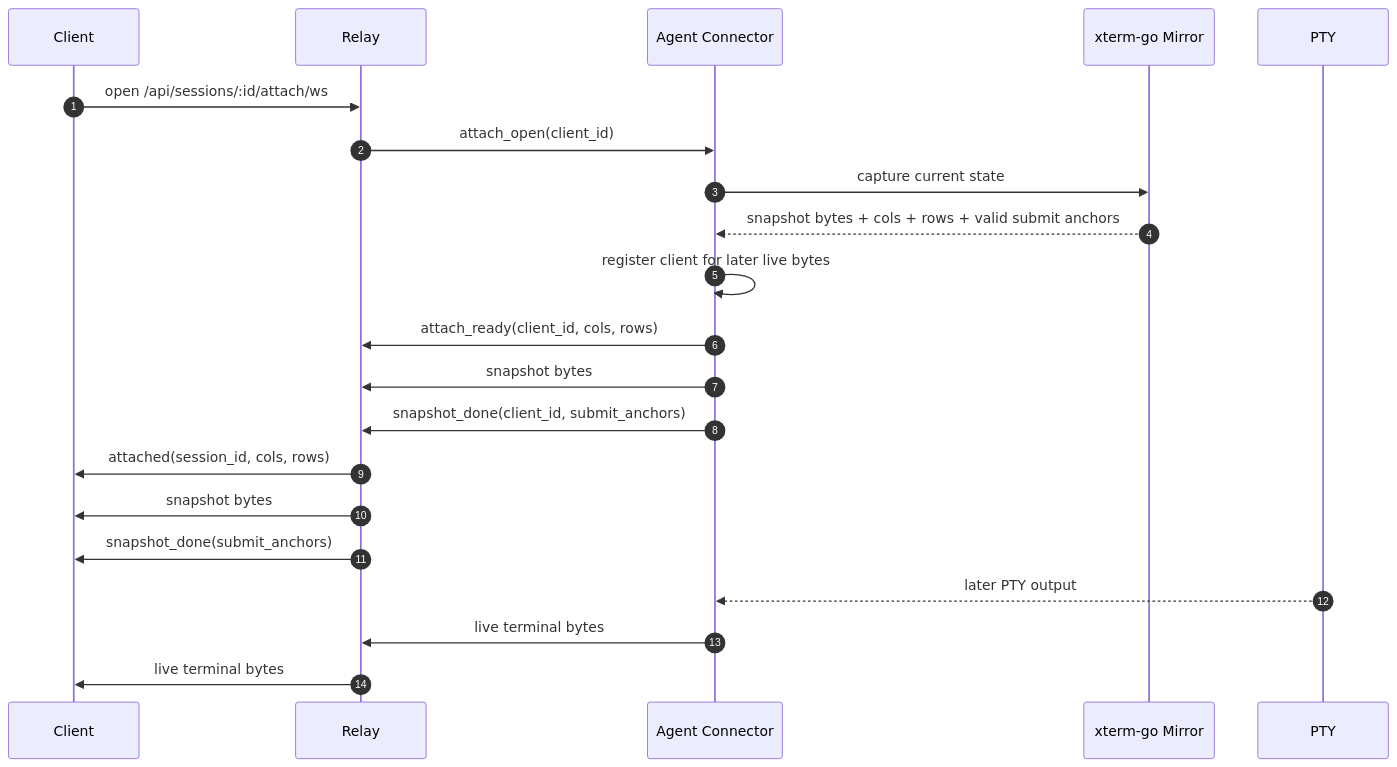
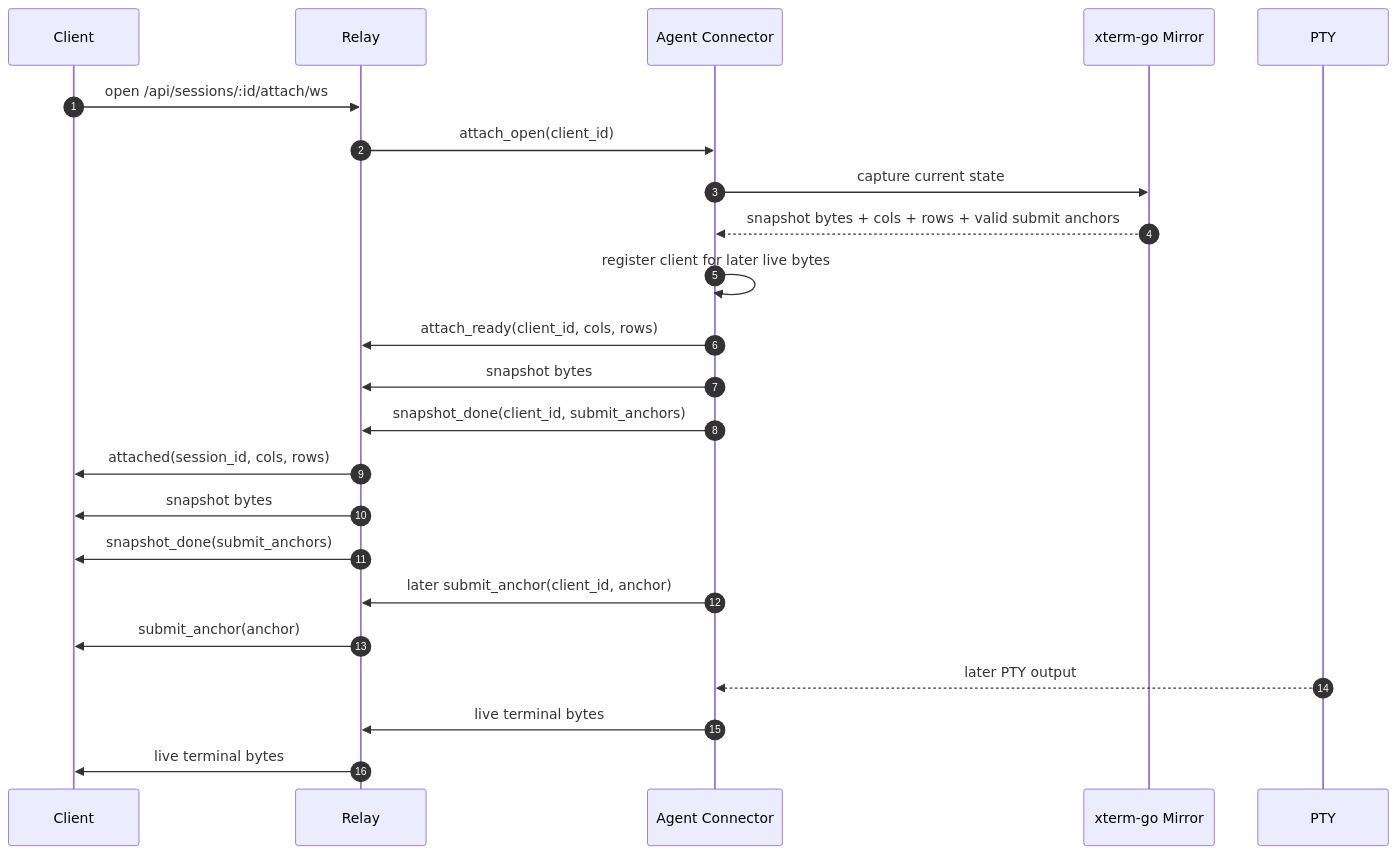
One commit to yuanbohan/agent-tunnel changed the third of 7 diagrams in docs/tui-attach-flow.md. Above: the diagram before and after it, drawn with Mermaid. The commit also changed other lines of this file and 17 other files, not shown here.

````diff
--- a/docs/tui-attach-flow.md
+++ b/docs/tui-attach-flow.md
@@ -131,24 +131,26 @@
 ```mermaid
 sequenceDiagram
   autonumber
   participant C as Client
   participant R as Relay
   participant A as Agent Connector
   participant M as xterm-go Mirror
   participant P as PTY
 
   C->>R: open /api/sessions/:id/attach/ws
   R->>A: attach_open(client_id)
   A->>M: capture current state
   M-->>A: snapshot bytes + cols + rows + valid submit anchors
   A->>A: register client for later live bytes
   A->>R: attach_ready(client_id, cols, rows)
   A->>R: snapshot bytes
   A->>R: snapshot_done(client_id, submit_anchors)
   R->>C: attached(session_id, cols, rows)
   R->>C: snapshot bytes
   R->>C: snapshot_done(submit_anchors)
+  A->>R: later submit_anchor(client_id, anchor)
+  R->>C: submit_anchor(anchor)
   P-->>A: later PTY output
   A->>R: live terminal bytes
   R->>C: live terminal bytes
 ```
````
